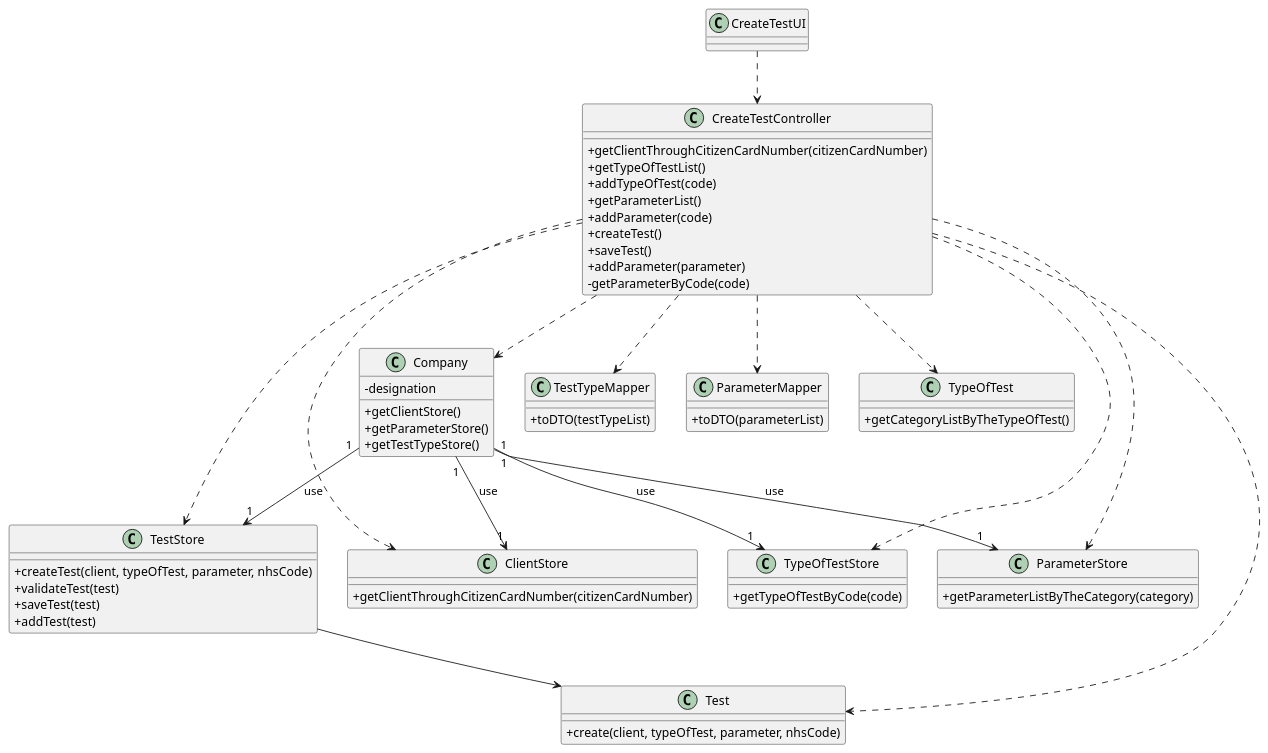
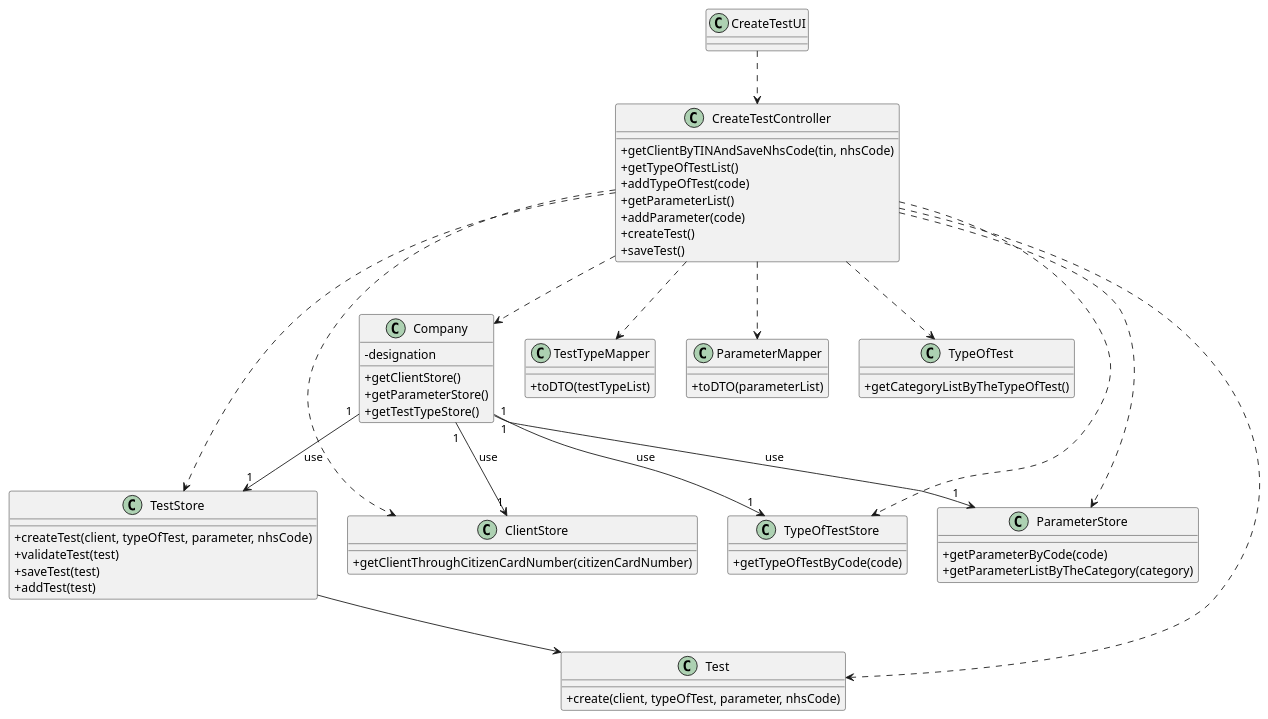
One commit to GuilhermeCunha79/lapr2 changed the diagram in docs/SprintC/US4/UC4_CD.puml. Above: the diagram before and after it, drawn with PlantUML. The commit also changed 12 other files, not shown here.

Commit message:
[US4]Update all Diagrams And finish class CreateTestController.java And update the other classes referenced in the commit

```diff
--- a/docs/SprintC/US4/UC4_CD.puml
+++ b/docs/SprintC/US4/UC4_CD.puml
@@ -1,93 +1,93 @@
 @startuml
 skinparam classAttributeIconSize 0
 
 
 class CreateTestUI {
 }
 
 
 class ClientStore {
 + getClientThroughCitizenCardNumber(citizenCardNumber)
 }
 
 
 class Company {
 - designation
 + getClientStore()
 + getParameterStore()
 + getTestTypeStore()
 }
 
 
 
 class CreateTestController {
-  + getClientThroughCitizenCardNumber(citizenCardNumber)
+  + getClientByTINAndSaveNhsCode(tin, nhsCode)
   + getTypeOfTestList()
   + addTypeOfTest(code)
   + getParameterList()
   + addParameter(code)
   + createTest()
   + saveTest()
-  + addParameter(parameter)
-  - getParameterByCode(code)
+
 }
 
 
 class TestStore {
     + createTest(client, typeOfTest, parameter, nhsCode)
     + validateTest(test)
     + saveTest(test)
     + addTest(test)
 }
 
 class TestTypeMapper {
     +toDTO(testTypeList)
 }
 
 class ParameterMapper {
   +toDTO(parameterList)
 }
 
 
 class TypeOfTest {
   + getCategoryListByTheTypeOfTest()
 }
 
 class TypeOfTestStore {
   + getTypeOfTestByCode(code)
 }
 
 
 class ParameterStore {
+  + getParameterByCode(code)
   + getParameterListByTheCategory(category)
 }
 
 class Test {
   + create(client, typeOfTest, parameter, nhsCode)
 }
 
 
 
 CreateTestUI ..> CreateTestController
 
 CreateTestController ..> Company
 
 Company "1" --> "1" TestStore : use
 Company "1" --> "1" ClientStore : use
 Company "1" --> "1" TypeOfTestStore : use
 Company "1" --> "1" ParameterStore : use
 
 CreateTestController ..> Test
 CreateTestController ..> TestStore
 CreateTestController ..> TypeOfTestStore
 CreateTestController ..> ClientStore
 CreateTestController ..> ParameterStore
 CreateTestController ..> ParameterMapper
 CreateTestController ..> TypeOfTest
 CreateTestController ..> TestTypeMapper
 
 TestStore --> Test
 
 
 
 @enduml
```
